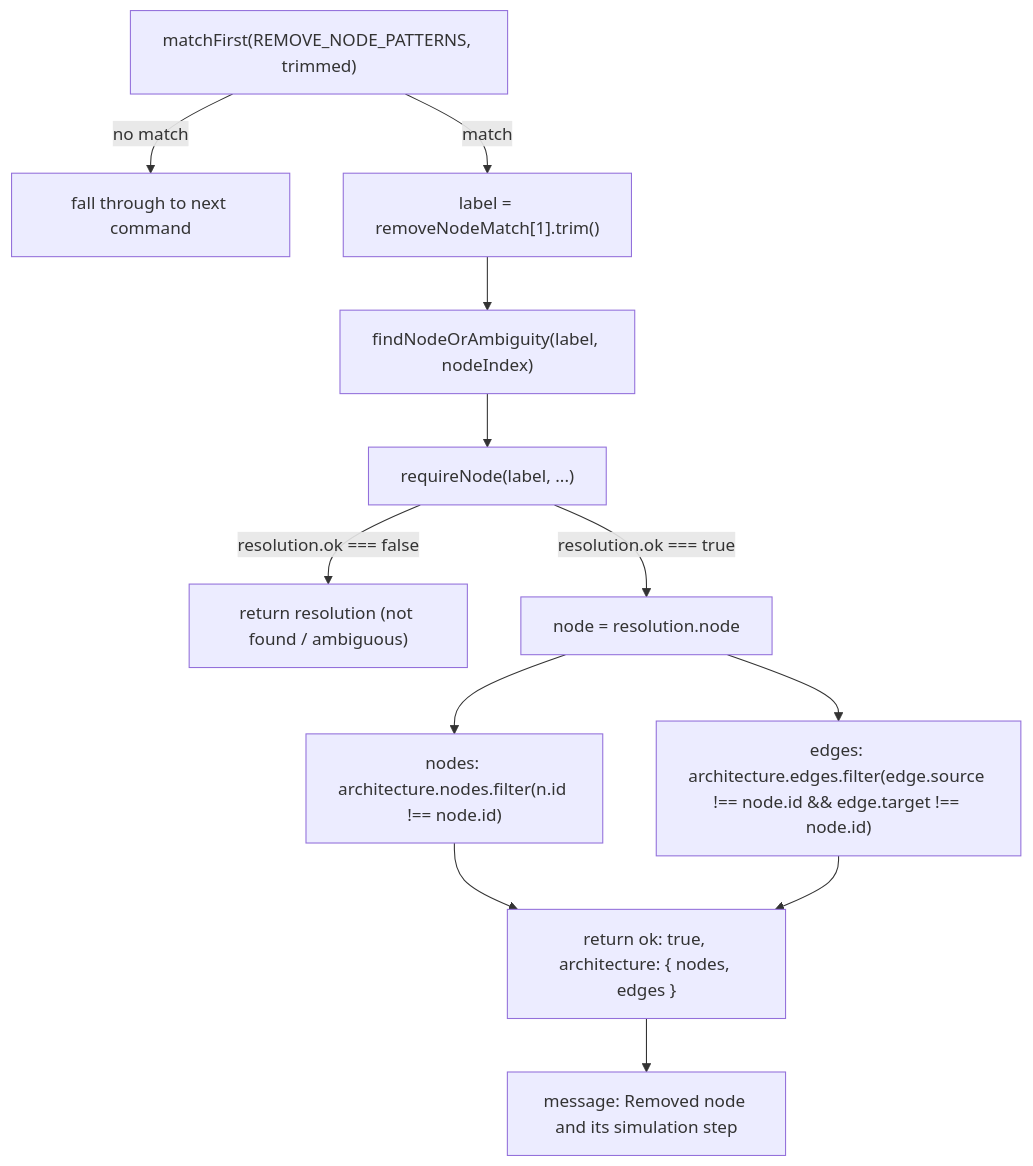
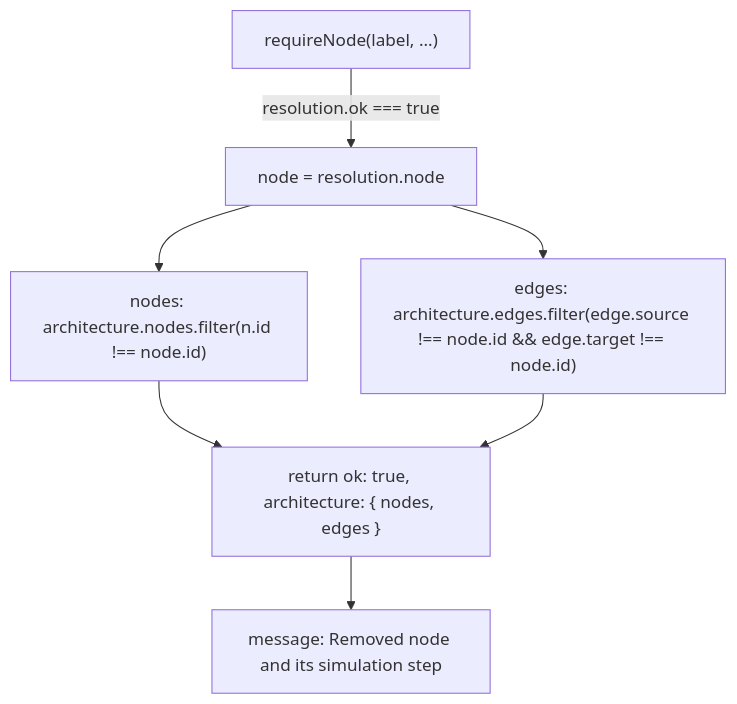
The second of 2 diagrams in docs/categories/remove-node.md (jgyy/architect-model), drawn with Mermaid before and after one commit. The commit also changed other lines of this file and 31 other files, not shown here.

Commit message:
docs: split mermaids into 2 for easier viewing (#52)

````diff
--- a/docs/categories/remove-node.md
+++ b/docs/categories/remove-node.md
@@ -7,14 +20,10 @@
 ```mermaid
 flowchart TD
-    A["matchFirst(REMOVE_NODE_PATTERNS, trimmed)"] -->|no match| Z["fall through to next command"]
-    A -->|match| B["label = removeNodeMatch[1].trim()"]
-    B --> C["findNodeOrAmbiguity(label, nodeIndex)"]
-    C --> D["requireNode(label, ...)"]
-    D -->|"resolution.ok === false"| E["return resolution (not found / ambiguous)"]
+    D["requireNode(label, ...)"]
     D -->|"resolution.ok === true"| F["node = resolution.node"]
     F --> G["nodes: architecture.nodes.filter(n.id !== node.id)"]
     F --> H["edges: architecture.edges.filter(edge.source !== node.id && edge.target !== node.id)"]
     G --> I["return ok: true, architecture: { nodes, edges }"]
     H --> I
     I --> J["message: Removed node and its simulation step"]
 ```
````
